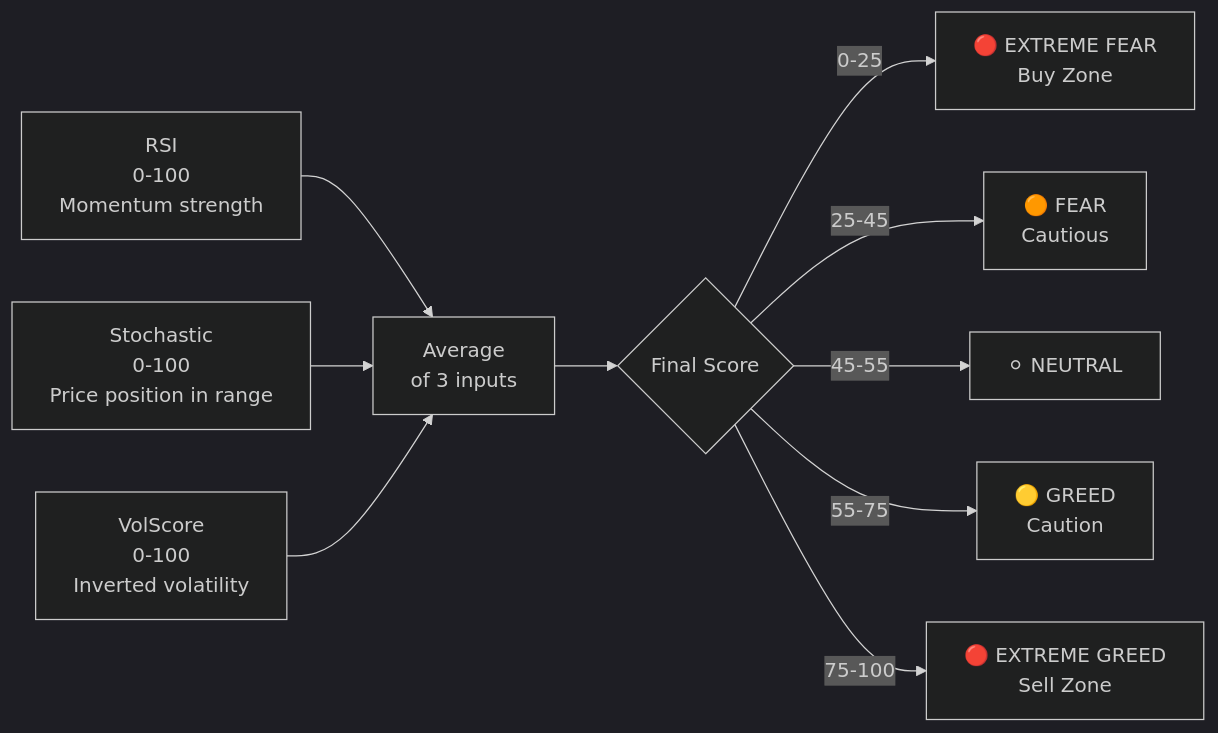
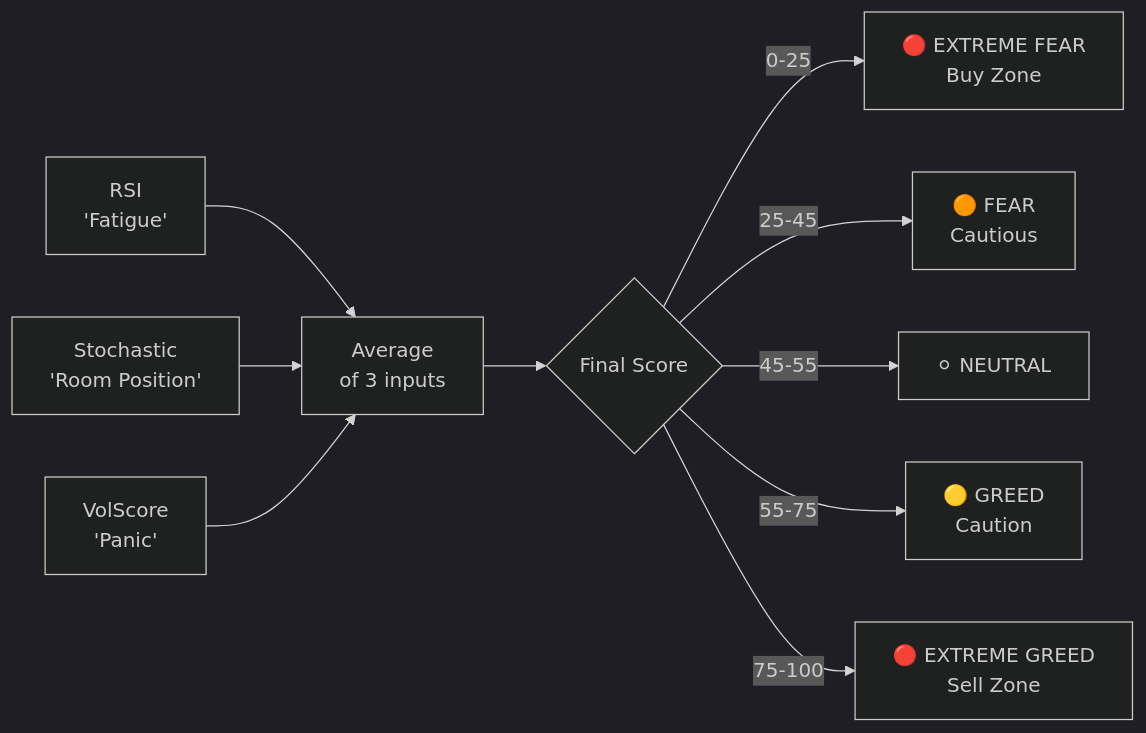
One commit to chennakeshavadasa/career-semi-quant changed the third of 8 diagrams in DOCUMENTATION.md. Above: the diagram before and after it, drawn with Mermaid (dark theme). The commit also changed other lines of this file, not shown here.

Commit message:
docs: Add beginner explanations for RSI, Stochastic, and VolScore in Fear & Greed section

````diff
--- a/DOCUMENTATION.md
+++ b/DOCUMENTATION.md
@@ -183,12 +199,12 @@
 ```mermaid
 flowchart LR
-    A[RSI\n0-100\nMomentum strength] --> D[Average\nof 3 inputs]
-    B[Stochastic\n0-100\nPrice position in range] --> D
-    C[VolScore\n0-100\nInverted volatility] --> D
+    A[RSI\n'Fatigue'] --> D[Average\nof 3 inputs]
+    B[Stochastic\n'Room Position'] --> D
+    C[VolScore\n'Panic'] --> D
     D --> E{Final Score}
     E -->|0-25| F[🔴 EXTREME FEAR\nBuy Zone]
     E -->|25-45| G[🟠 FEAR\nCautious]
     E -->|45-55| H[⚪ NEUTRAL]
     E -->|55-75| I[🟡 GREED\nCaution]
     E -->|75-100| J[🔴 EXTREME GREED\nSell Zone]
 ```
````
